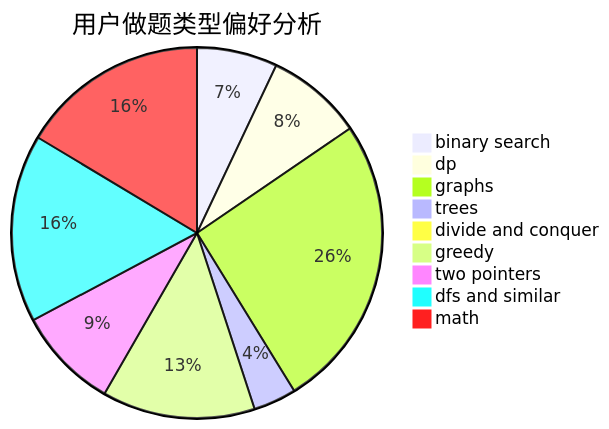
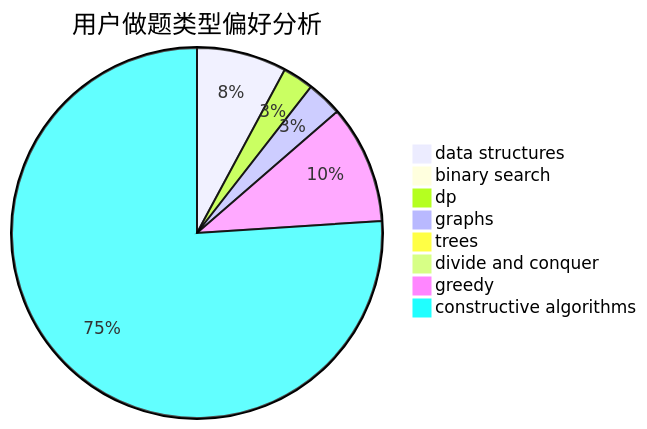
The second of 3 diagrams in docs/user/u1752.md (sherpahu/cfrs.github.io), drawn with Mermaid before and after one commit. The commit also changed other lines of this file and 2775 other files, not shown here.

````diff
--- a/docs/user/u1752.md
+++ b/docs/user/u1752.md
@@ -23,12 +23,11 @@
 ```mermaid
 pie title 用户做题类型偏好分析
-    "binary search" :  30
-    "dp" :  36
-    "graphs" :  110
-    "trees" :  16
-    "divide and conquer" :  3
-    "greedy" :  57
-    "two pointers" :  38
-    "dfs and similar" :  70
-    "math" :  70
+    "data structures" :  38
+    "binary search" :  4
+    "dp" :  13
+    "graphs" :  15
+    "trees" :  3
+    "divide and conquer" :  1
+    "greedy" :  50
+    "constructive algorithms" :  368
 ```
````
